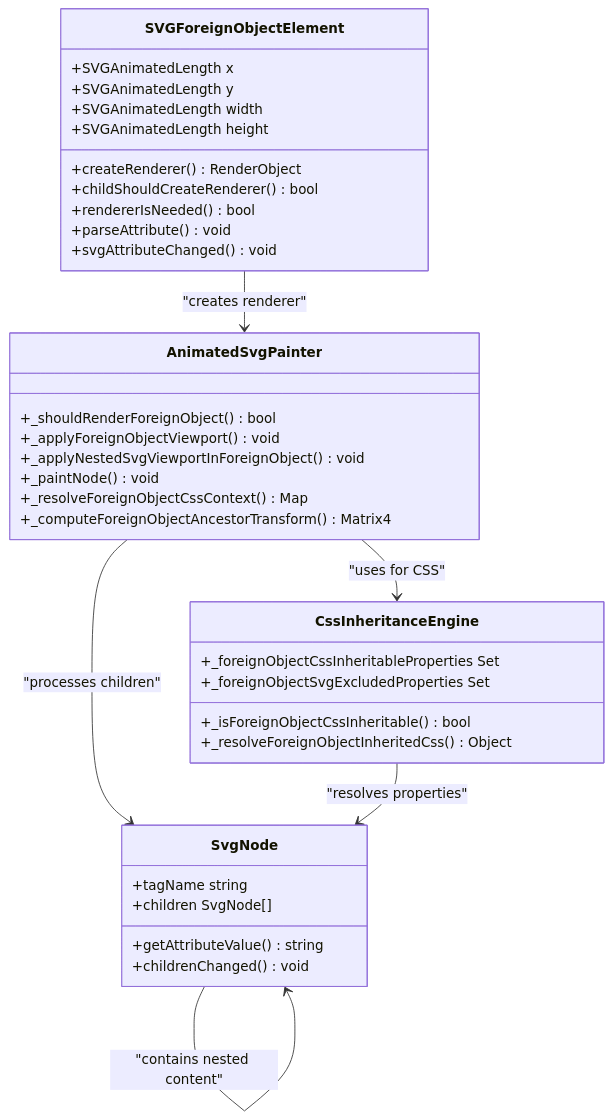
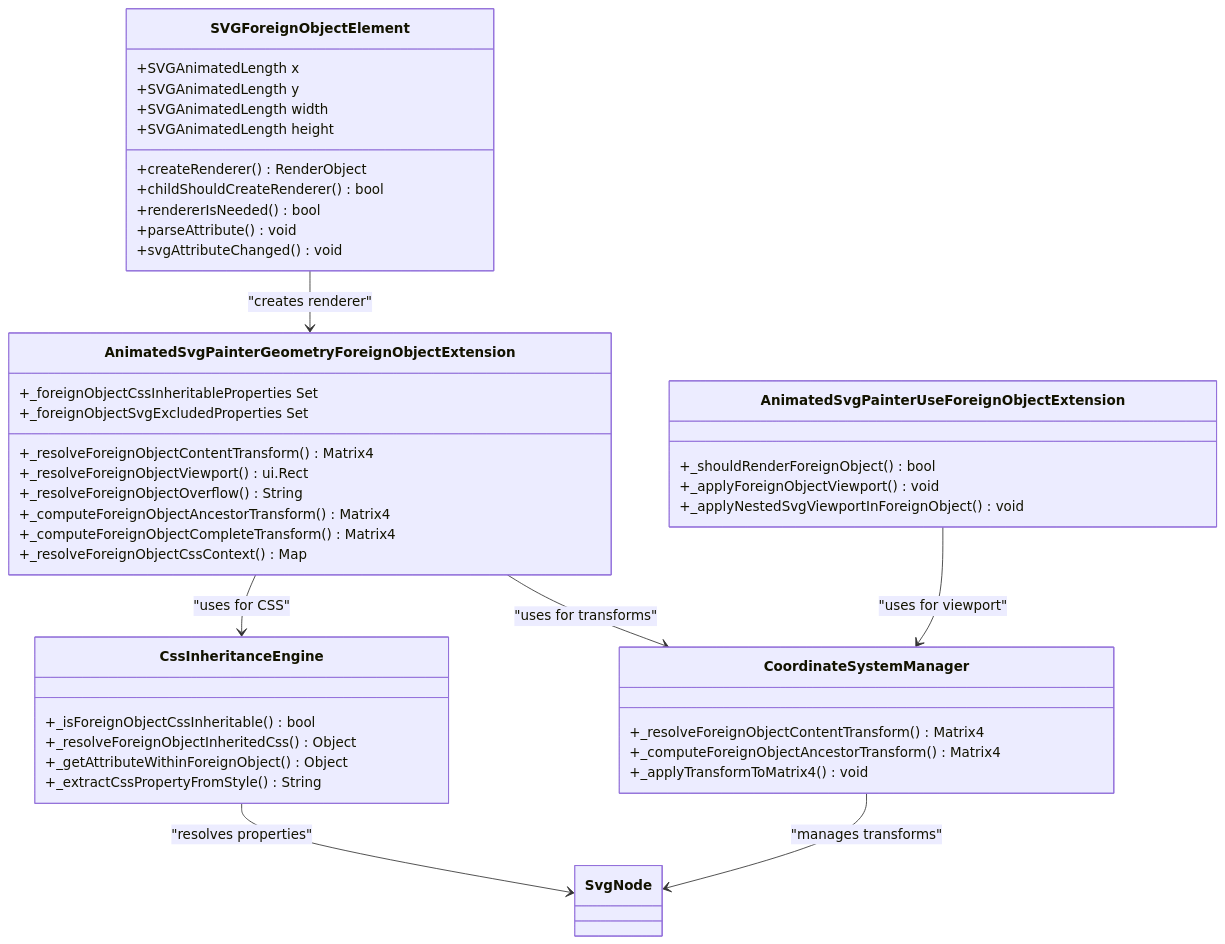
One commit to denisnadey/flutter_full_svg_support changed the first of 6 diagrams in .qoder/repowiki/en/content/Advanced Features/ForeignObject Semantics.md. Above: the diagram before and after it, drawn with Mermaid. The commit also changed other lines of this file and 25 other files, not shown here.

First line of the commit message:
feat(svg-foreignobject): enhance ForeignObject with advanced CSS inheritance and viewport management

````diff
--- a/.qoder/repowiki/en/content/Advanced Features/ForeignObject Semantics.md
+++ b/.qoder/repowiki/en/content/Advanced Features/ForeignObject Semantics.md
@@ -52,39 +55,46 @@
 ```mermaid
 classDiagram
 class SVGForeignObjectElement {
 +SVGAnimatedLength x
 +SVGAnimatedLength y
 +SVGAnimatedLength width
 +SVGAnimatedLength height
 +createRenderer() RenderObject
 +childShouldCreateRenderer() bool
 +rendererIsNeeded() bool
 +parseAttribute() void
 +svgAttributeChanged() void
 }
-class AnimatedSvgPainter {
+class AnimatedSvgPainterGeometryForeignObjectExtension {
++_foreignObjectCssInheritableProperties Set
++_foreignObjectSvgExcludedProperties Set
++_resolveForeignObjectContentTransform() Matrix4
++_resolveForeignObjectViewport() ui.Rect
++_resolveForeignObjectOverflow() String
++_computeForeignObjectAncestorTransform() Matrix4
++_computeForeignObjectCompleteTransform() Matrix4
++_resolveForeignObjectCssContext() Map
+}
+class AnimatedSvgPainterUseForeignObjectExtension {
 +_shouldRenderForeignObject() bool
 +_applyForeignObjectViewport() void
 +_applyNestedSvgViewportInForeignObject() void
-+_paintNode() void
-+_resolveForeignObjectCssContext() Map
-+_computeForeignObjectAncestorTransform() Matrix4
-}
-class SvgNode {
-+tagName string
-+children SvgNode[]
-+getAttributeValue() string
-+childrenChanged() void
 }
 class CssInheritanceEngine {
-+_foreignObjectCssInheritableProperties Set
-+_foreignObjectSvgExcludedProperties Set
 +_isForeignObjectCssInheritable() bool
 +_resolveForeignObjectInheritedCss() Object
++_getAttributeWithinForeignObject() Object
++_extractCssPropertyFromStyle() String
 }
-SVGForeignObjectElement --> AnimatedSvgPainter : "creates renderer"
-AnimatedSvgPainter --> SvgNode : "processes children"
-AnimatedSvgPainter --> CssInheritanceEngine : "uses for CSS"
-SvgNode --> SvgNode : "contains nested content"
+class CoordinateSystemManager {
++_resolveForeignObjectContentTransform() Matrix4
++_computeForeignObjectAncestorTransform() Matrix4
++_applyTransformToMatrix4() void
+}
+SVGForeignObjectElement --> AnimatedSvgPainterGeometryForeignObjectExtension : "creates renderer"
+AnimatedSvgPainterGeometryForeignObjectExtension --> CssInheritanceEngine : "uses for CSS"
+AnimatedSvgPainterGeometryForeignObjectExtension --> CoordinateSystemManager : "uses for transforms"
+AnimatedSvgPainterUseForeignObjectExtension --> CoordinateSystemManager : "uses for viewport"
 CssInheritanceEngine --> SvgNode : "resolves properties"
+CoordinateSystemManager --> SvgNode : "manages transforms"
 ```
````
